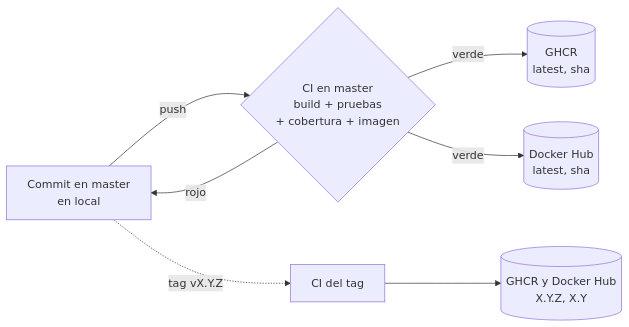
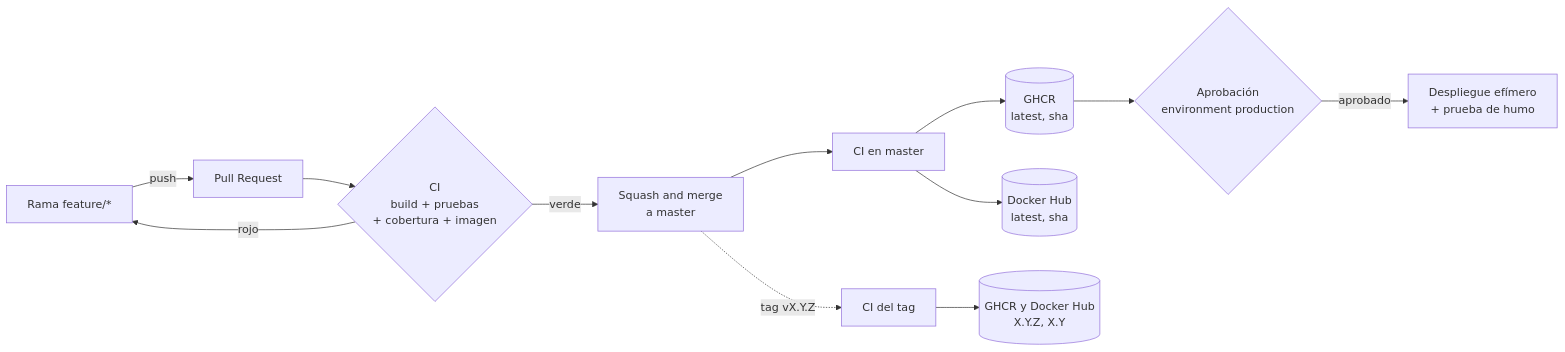
One commit to christophersanz/AI-CICD changed the diagram in docs/guides/ci-cd.md. Above: the diagram before and after it, drawn with Mermaid. The commit also changed other lines of this file and 10 other files, not shown here.

First line of the commit message:
Exigir PR con checks y aprobar el despliegue antes de verificar la imagen (#1)

````diff
--- a/docs/guides/ci-cd.md
+++ b/docs/guides/ci-cd.md
@@ -21,9 +21,14 @@
 ```mermaid
 flowchart LR
-    A[Commit en master<br/>en local] -->|push| E{CI en master<br/>build + pruebas<br/>+ cobertura + imagen}
-    E -->|rojo| A
-    E -->|verde| F[(GHCR<br/>latest, sha)]
-    E -->|verde| G[(Docker Hub<br/>latest, sha)]
-    A -.->|tag vX.Y.Z| H[CI del tag]
+    A[Rama feature/*] -->|push| B[Pull Request]
+    B --> C{CI<br/>build + pruebas<br/>+ cobertura + imagen}
+    C -->|rojo| A
+    C -->|verde| D[Squash and merge<br/>a master]
+    D --> E[CI en master]
+    E --> F[(GHCR<br/>latest, sha)]
+    E --> G[(Docker Hub<br/>latest, sha)]
+    F --> W{Aprobación<br/>environment production}
+    W -->|aprobado| X[Despliegue efímero<br/>+ prueba de humo]
+    D -.->|tag vX.Y.Z| H[CI del tag]
     H --> I[(GHCR y Docker Hub<br/>X.Y.Z, X.Y)]
 ```
````
